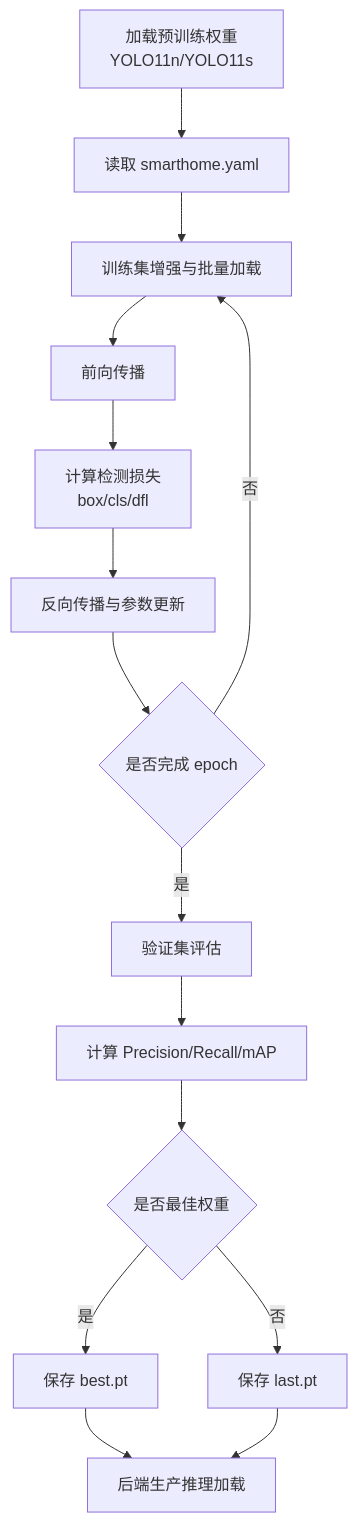
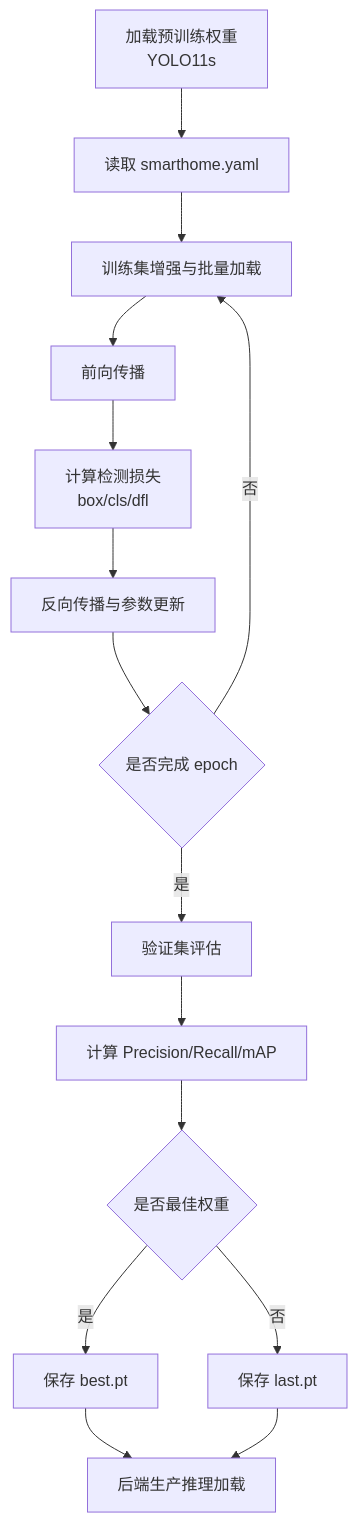
The tenth of 17 diagrams in docs/毕业论文初稿.md (xez014/yolo-smarthome), drawn with Mermaid before and after one commit. The commit also changed other lines of this file and 1 other file, not shown here.

Commit message:
Sync thesis draft with YOLO11s training config

````diff
--- a/docs/毕业论文初稿.md
+++ b/docs/毕业论文初稿.md
@@ -507,17 +527,17 @@
 ```mermaid
 flowchart TD
-    A[加载预训练权重<br/>YOLO11n/YOLO11s] --> B[读取 smarthome.yaml]
+    A[加载预训练权重<br/>YOLO11s] --> B[读取 smarthome.yaml]
     B --> C[训练集增强与批量加载]
     C --> D[前向传播]
     D --> E[计算检测损失<br/>box/cls/dfl]
     E --> F[反向传播与参数更新]
     F --> G{是否完成 epoch}
     G -- 否 --> C
     G -- 是 --> H[验证集评估]
     H --> I[计算 Precision/Recall/mAP]
     I --> J{是否最佳权重}
     J -- 是 --> K[保存 best.pt]
     J -- 否 --> L[保存 last.pt]
     K --> M[后端生产推理加载]
     L --> M
 ```
````
